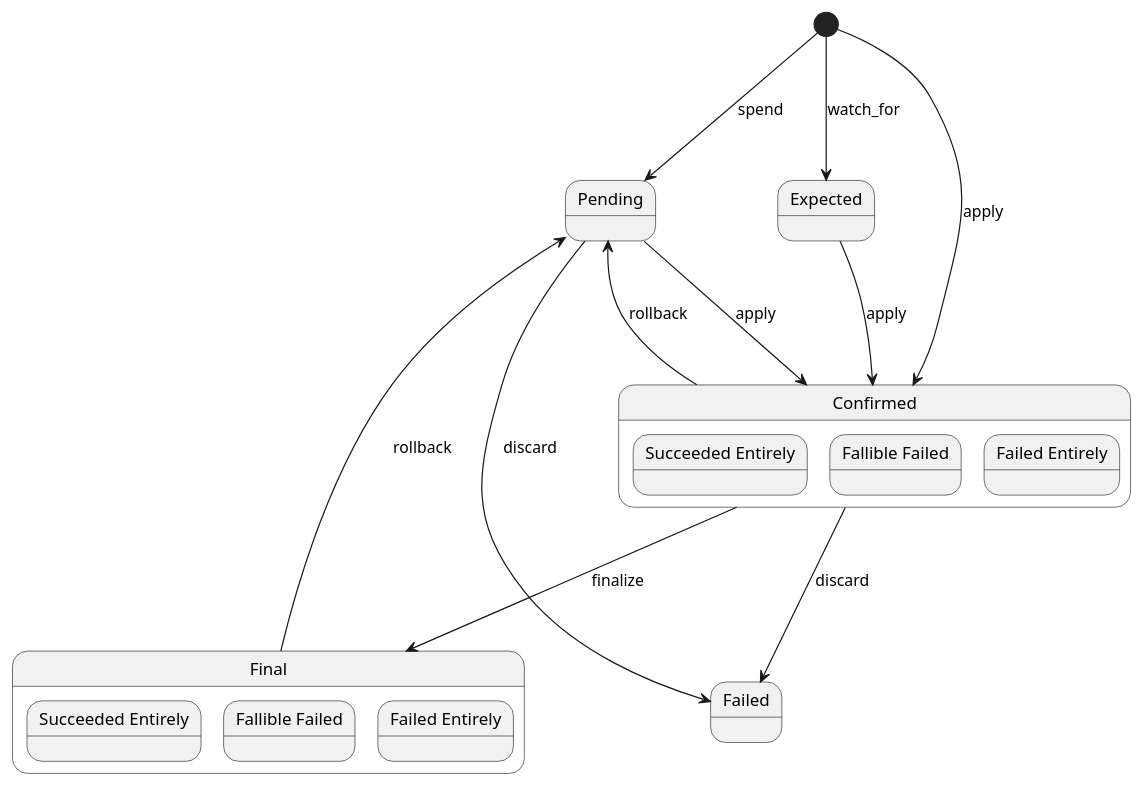
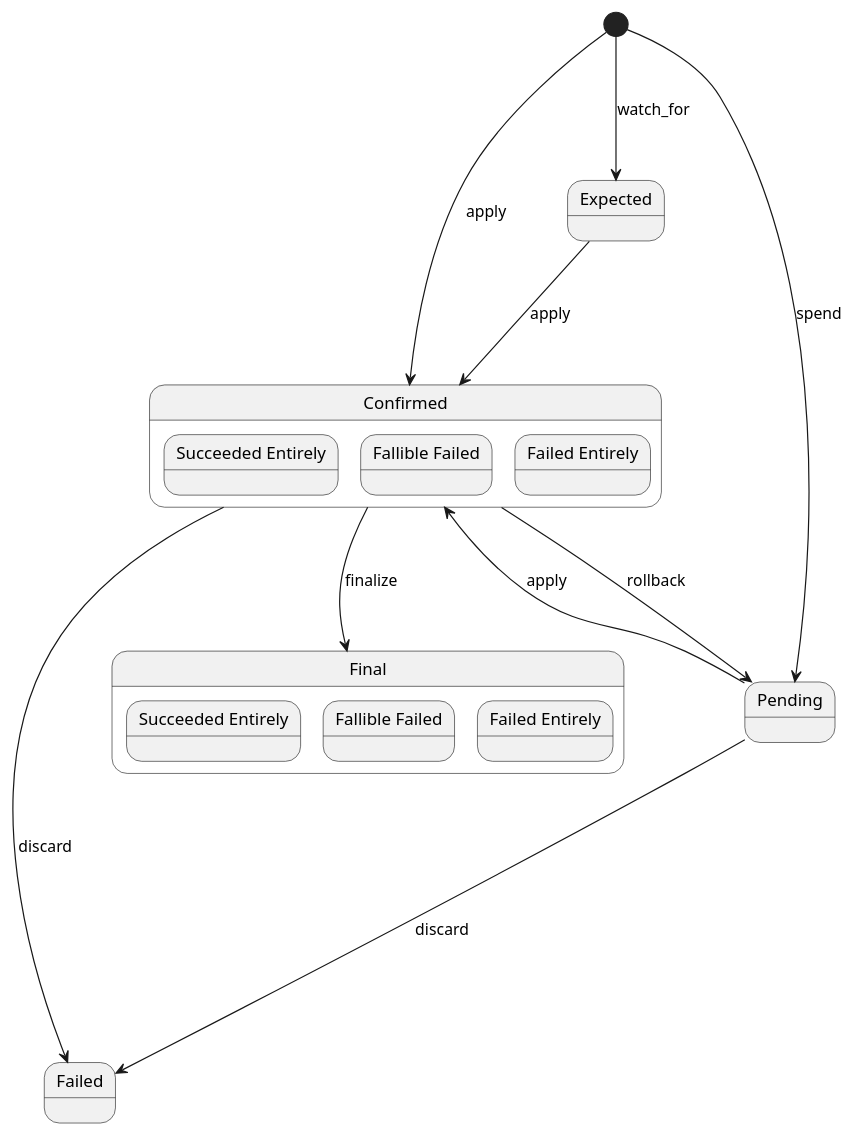
Before and after one commit to midnightntwrk/midnight-architecture: the diagram in components/WalletEngine/tx-lifecycle.puml, drawn with PlantUML. The commit also changed 2 other files, not shown here.

```diff
--- a/components/WalletEngine/tx-lifecycle.puml
+++ b/components/WalletEngine/tx-lifecycle.puml
@@ -1,34 +1,33 @@
 @startuml
 
 'skinparam linetype polyline
 skinparam nodesep 100
 skinparam ranksep 100
 
 state confirmed as "Confirmed" {
   state succeededEntirely as "Succeeded Entirely"
   state failFallible as "Fallible Failed"
   state failEntirely as "Failed Entirely"
 }
 state pending as "Pending"
 
 state final as "Final" {
   state succeededEntirelyF as "Succeeded Entirely"
   state failFallibleF as "Fallible Failed"
   state failEntirelyF as "Failed Entirely"
 }
 
 state failed as "Failed"
 state expected as "Expected"
 
 [*] --> pending : spend
 [*] --> confirmed : apply
 [*] --> expected : watch_for
 expected --> confirmed : apply
 pending --> confirmed : apply
 confirmed --> final : finalize
 confirmed --> pending : rollback
 pending ---> failed : discard
-pending <-- final : rollback
 confirmed --> failed : discard
 
 @enduml
```
